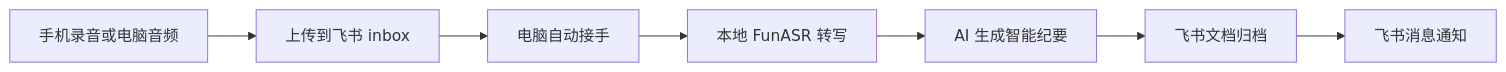
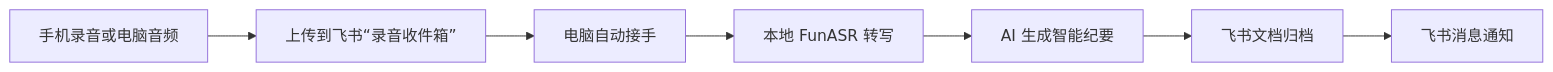
One commit to chenmozhe008/recording-inbox changed the diagram in README.md. Above: the diagram before and after it, drawn with Mermaid. The commit also changed other lines of this file and 17 other files, not shown here.

````diff
--- a/README.md
+++ b/README.md
@@ -44,9 +44,9 @@
 ```mermaid
 flowchart LR
-    A[手机录音或电脑音频] --> B[上传到飞书 inbox]
+    A[手机录音或电脑音频] --> B[上传到飞书“录音收件箱”]
     B --> C[电脑自动接手]
     C --> D[本地 FunASR 转写]
     D --> E[AI 生成智能纪要]
     E --> F[飞书文档归档]
     F --> G[飞书消息通知]
 ```
````
